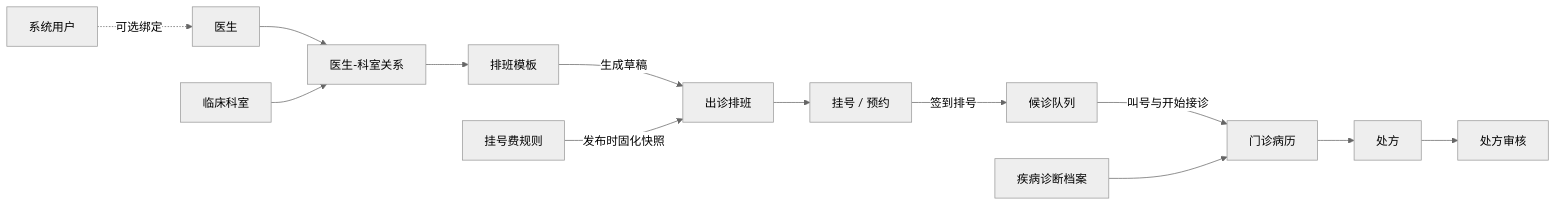
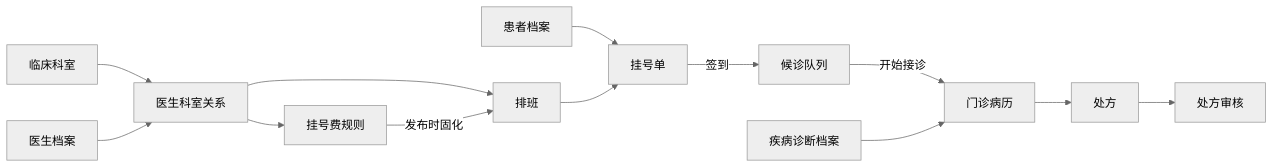
Before and after one commit to liuyinzhong/hive-admin-go: the diagram in business-docs/medical/README.md, drawn with Mermaid (neutral theme). The commit also changed other lines of this file and 41 other files, not shown here.

````diff
--- a/business-docs/medical/README.md
+++ b/business-docs/medical/README.md
@@ -17,15 +28,15 @@
 ```mermaid
 flowchart LR
-  USER[系统用户] -.可选绑定.-> DOCTOR[医生]
-  DOCTOR --> DD[医生-科室关系]
-  DEPT[临床科室] --> DD
-  DD --> TEMPLATE[排班模板]
-  TEMPLATE -->|生成草稿| SCHEDULE[出诊排班]
-  FEE[挂号费规则] -->|发布时固化快照| SCHEDULE
-  SCHEDULE --> REG[挂号 / 预约]
-  REG -->|签到排号| QUEUE[候诊队列]
-  QUEUE -->|叫号与开始接诊| RECORD[门诊病历]
+  PATIENT[患者档案] --> REG[挂号单]
+  DEPT[临床科室] --> DD[医生科室关系]
+  DOCTOR[医生档案] --> DD
+  DD --> FEE[挂号费规则]
+  DD --> SCHEDULE[排班]
+  FEE -->|发布时固化| SCHEDULE
+  SCHEDULE --> REG
+  REG -->|签到| QUEUE[候诊队列]
+  QUEUE -->|开始接诊| RECORD[门诊病历]
   DIAG[疾病诊断档案] --> RECORD
   RECORD --> RX[处方]
   RX --> REVIEW[处方审核]
 ```
````
